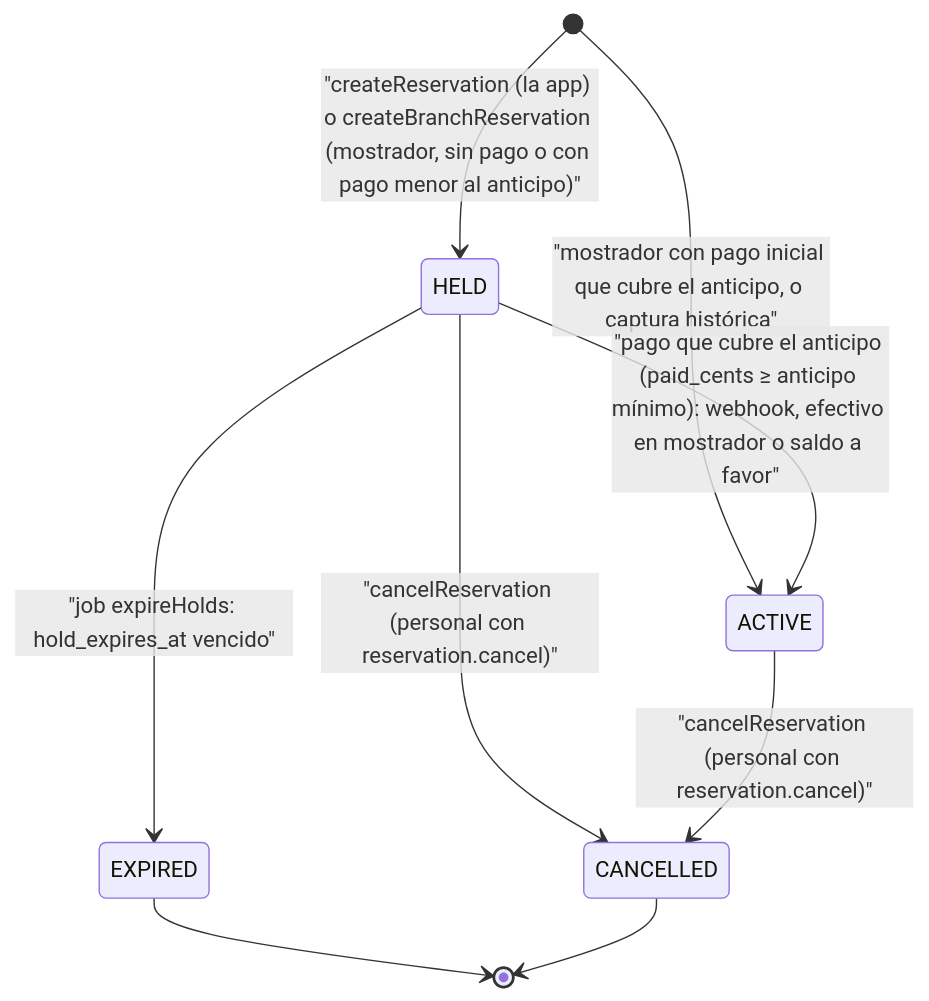
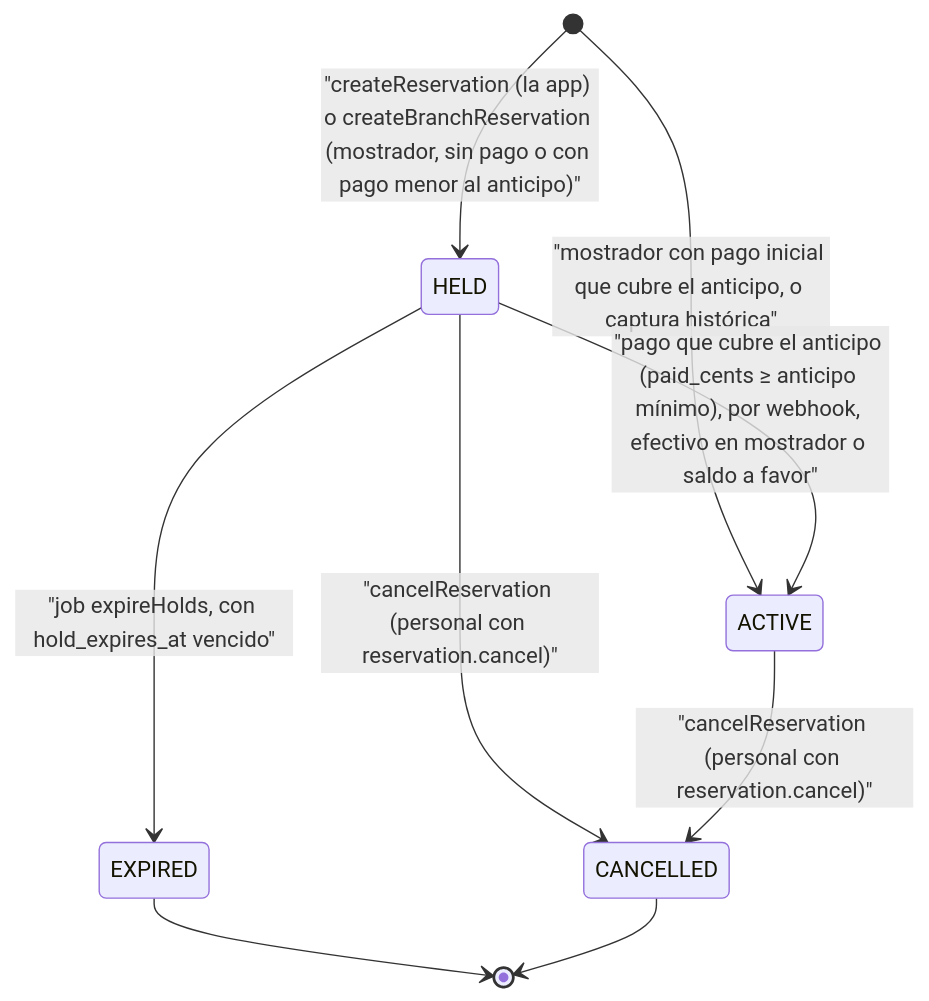
The seventh of 11 diagrams in docs/diagrams/trip-reservation.md (erickgs2/ruta_mochilera), drawn with Mermaid before and after one commit.

Commit message:
docs: make the reservation state diagram parse
A second colon inside a stateDiagram transition label ends the label, so two
transitions in trip-reservation.md failed to parse. Reworded without the colon.

````diff
--- a/docs/diagrams/trip-reservation.md
+++ b/docs/diagrams/trip-reservation.md
@@ -180,11 +180,11 @@
 ```mermaid
 stateDiagram-v2
     [*] --> HELD: "createReservation (la app) o createBranchReservation (mostrador, sin pago o con pago menor al anticipo)"
     [*] --> ACTIVE: "mostrador con pago inicial que cubre el anticipo, o captura histórica"
-    HELD --> ACTIVE: "pago que cubre el anticipo (paid_cents ≥ anticipo mínimo): webhook, efectivo en mostrador o saldo a favor"
-    HELD --> EXPIRED: "job expireHolds: hold_expires_at vencido"
+    HELD --> ACTIVE: "pago que cubre el anticipo (paid_cents ≥ anticipo mínimo), por webhook, efectivo en mostrador o saldo a favor"
+    HELD --> EXPIRED: "job expireHolds, con hold_expires_at vencido"
     HELD --> CANCELLED: "cancelReservation (personal con reservation.cancel)"
     ACTIVE --> CANCELLED: "cancelReservation (personal con reservation.cancel)"
     EXPIRED --> [*]
     CANCELLED --> [*]
 ```
````
